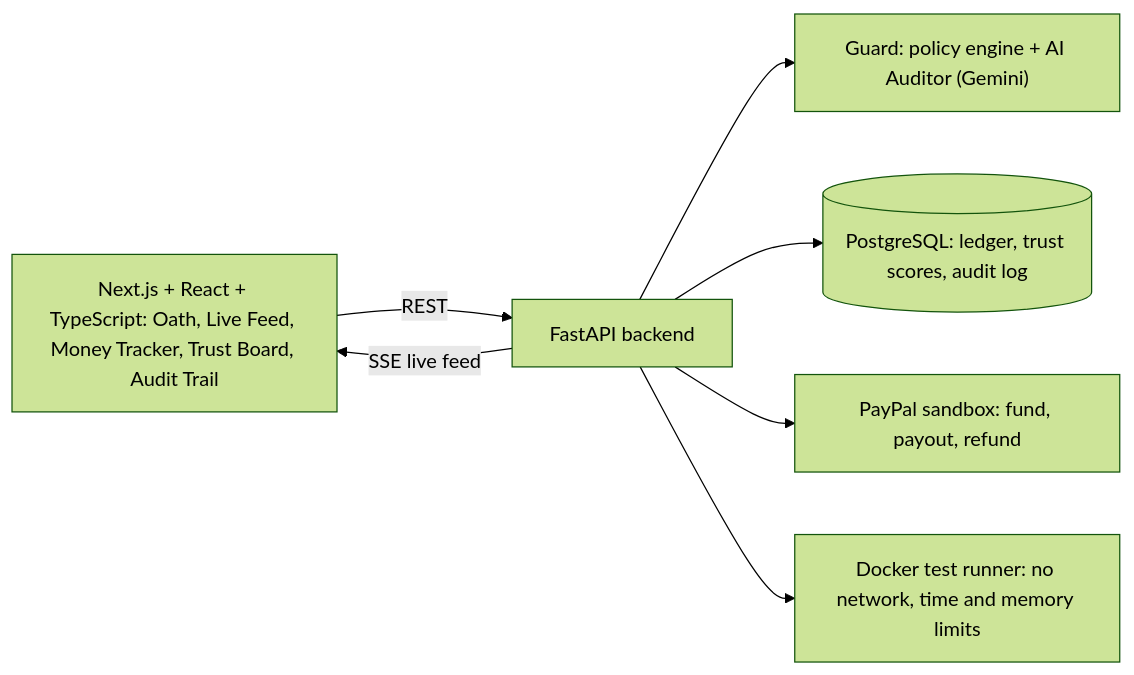
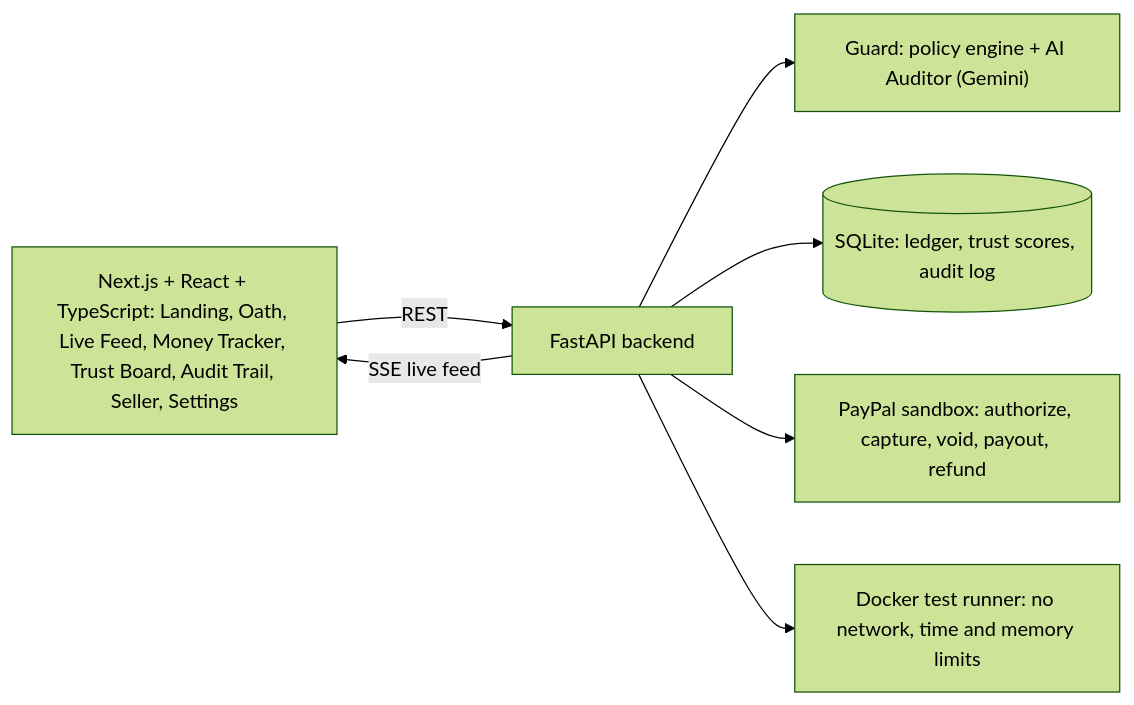
Before and after one commit to abbie-software/Horkos: the third of 3 diagrams in README.md, drawn with Mermaid (forest theme). The commit also changed other lines of this file and 3 other files, not shown here.

````diff
--- a/README.md
+++ b/README.md
@@ -189,9 +215,9 @@
 ```mermaid
 flowchart LR
-    UI["Next.js + React + TypeScript: Oath, Live Feed, Money Tracker, Trust Board, Audit Trail"] -- "REST" --> API["FastAPI backend"]
+    UI["Next.js + React + TypeScript: Landing, Oath, Live Feed, Money Tracker, Trust Board, Audit Trail, Seller, Settings"] -- "REST" --> API["FastAPI backend"]
     API -- "SSE live feed" --> UI
     API --> Guard["Guard: policy engine + AI Auditor (Gemini)"]
-    API --> DB[("PostgreSQL: ledger, trust scores, audit log")]
-    API --> PP["PayPal sandbox: fund, payout, refund"]
+    API --> DB[("SQLite: ledger, trust scores, audit log")]
+    API --> PP["PayPal sandbox: authorize, capture, void, payout, refund"]
     API --> Runner["Docker test runner: no network, time and memory limits"]
 ```
````
